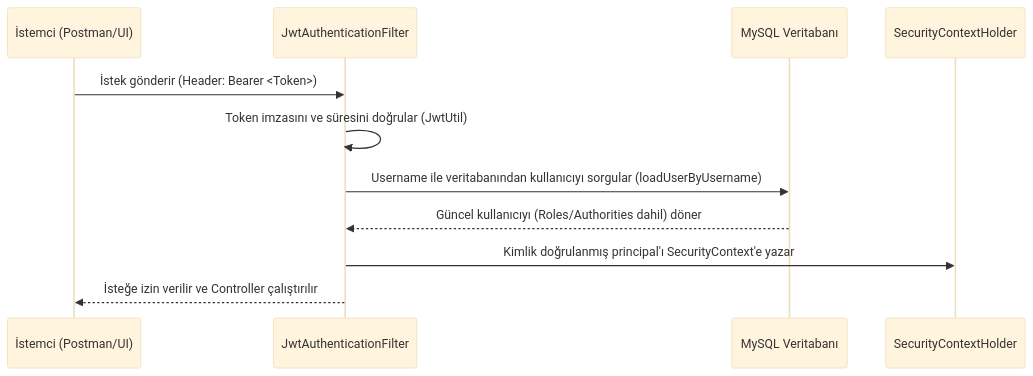
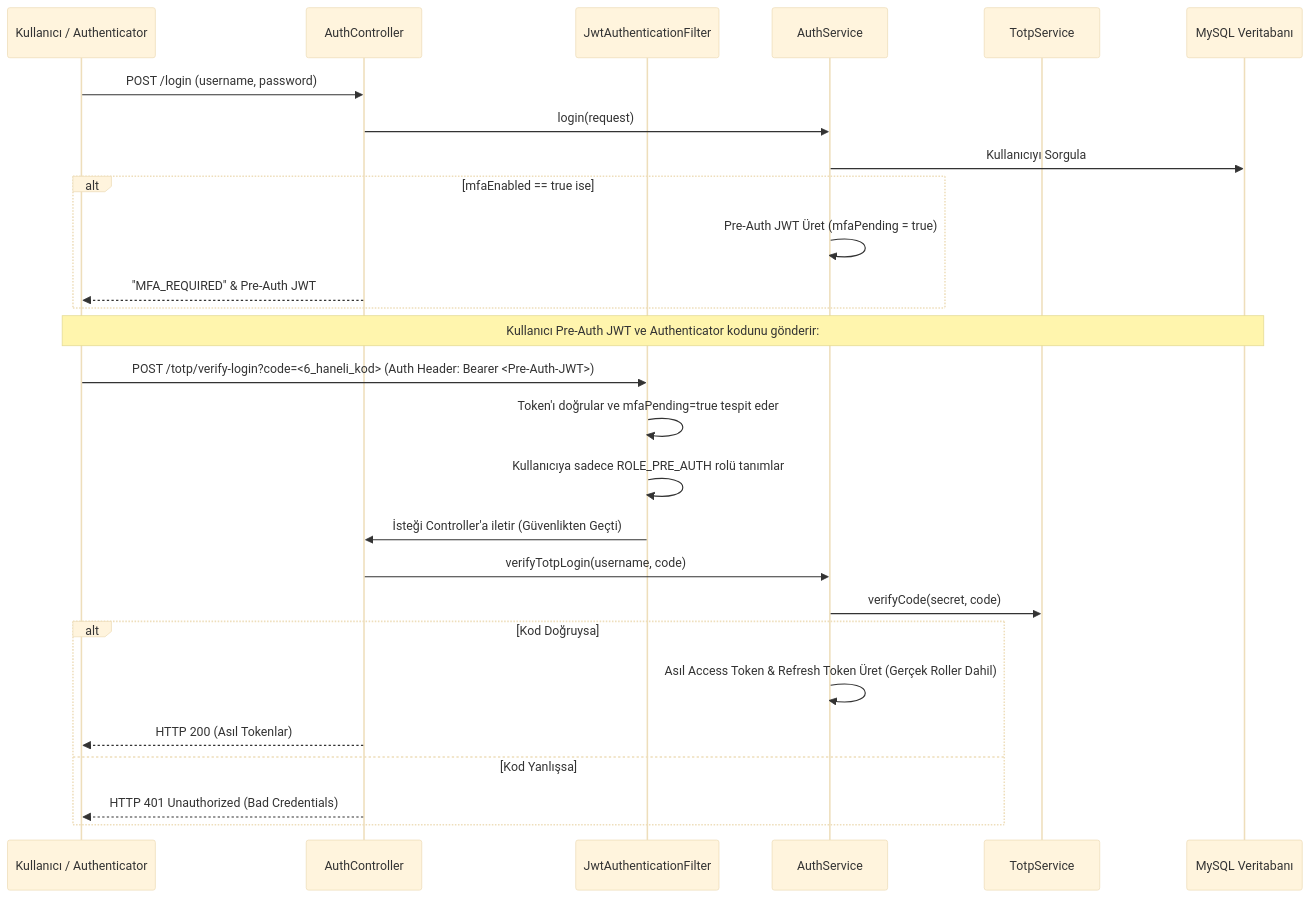
Before and after one commit to burakcnaksy0/spring-security: the diagram in README.md, drawn with Mermaid (base theme). The commit also changed other lines of this file, not shown here.

Commit message:
docs: update README for 2fa-google-authenticator branch

````diff
--- a/README.md
+++ b/README.md
@@ -30,14 +38,31 @@
 ```mermaid
 sequenceDiagram
-    participant Client as İstemci (Postman/UI)
+    participant User as Kullanıcı / Authenticator
+    participant Controller as AuthController
     participant Filter as JwtAuthenticationFilter
+    participant Service as AuthService
+    participant Totp as TotpService
     participant DB as MySQL Veritabanı
-    participant Context as SecurityContextHolder
 
-    Client->>Filter: İstek gönderir (Header: Bearer <Token>)
-    Filter->>Filter: Token imzasını ve süresini doğrular (JwtUtil)
-    Filter->>DB: Username ile veritabanından kullanıcıyı sorgular (loadUserByUsername)
-    DB-->>Filter: Güncel kullanıcıyı (Roles/Authorities dahil) döner
-    Filter->>Context: Kimlik doğrulanmış principal'ı SecurityContext'e yazar
-    Filter-->>Client: İsteğe izin verilir ve Controller çalıştırılır
+    User->>Controller: POST /login (username, password)
+    Controller->>Service: login(request)
+    Service->>DB: Kullanıcıyı Sorgula
+    alt mfaEnabled == true ise
+        Service->>Service: Pre-Auth JWT Üret (mfaPending = true)
+        Controller-->>User: "MFA_REQUIRED" & Pre-Auth JWT
+    end
+
+    Note over User, DB: Kullanıcı Pre-Auth JWT ve Authenticator kodunu gönderir:
+    User->>Filter: POST /totp/verify-login?code=<6_haneli_kod> (Auth Header: Bearer <Pre-Auth-JWT>)
+    Filter->>Filter: Token'ı doğrular ve mfaPending=true tespit eder
+    Filter->>Filter: Kullanıcıya sadece ROLE_PRE_AUTH rolü tanımlar
+    Filter->>Controller: İsteği Controller'a iletir (Güvenlikten Geçti)
+    Controller->>Service: verifyTotpLogin(username, code)
+    Service->>Totp: verifyCode(secret, code)
+    alt Kod Doğruysa
+        Service->>Service: Asıl Access Token & Refresh Token Üret (Gerçek Roller Dahil)
+        Controller-->>User: HTTP 200 (Asıl Tokenlar)
+    else Kod Yanlışsa
+        Controller-->>User: HTTP 401 Unauthorized (Bad Credentials)
+    end
 ```
````
